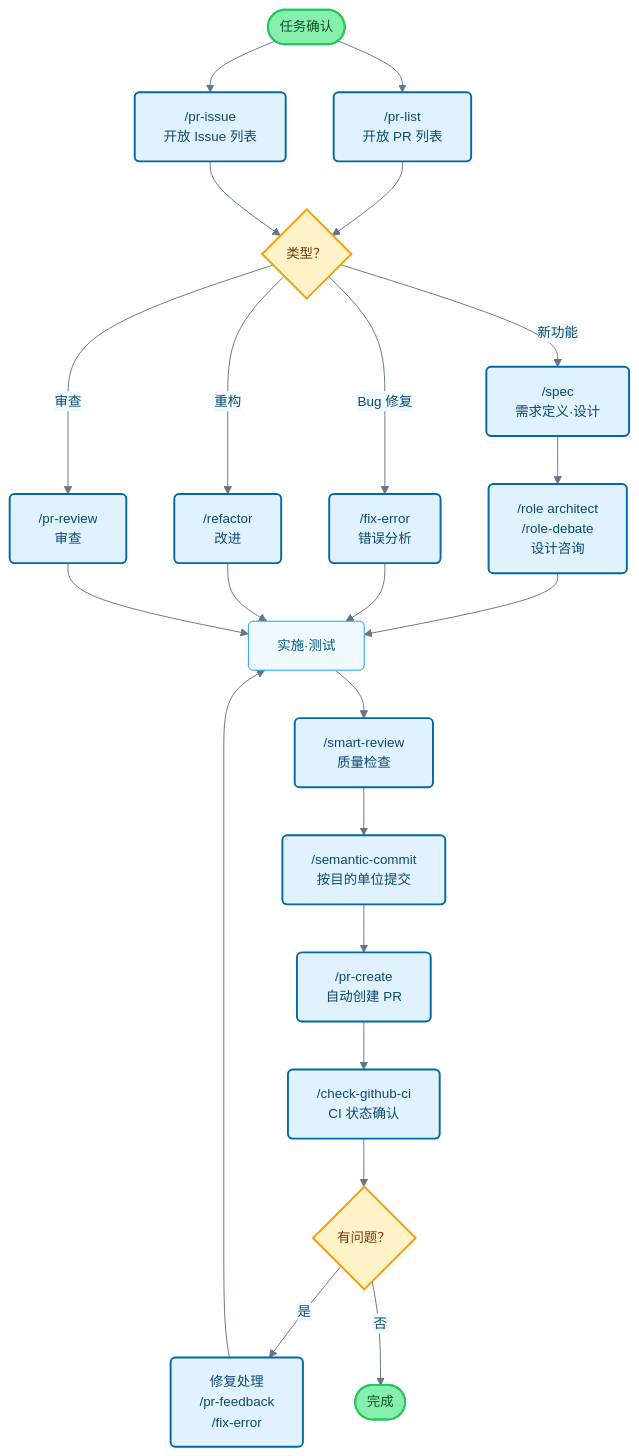
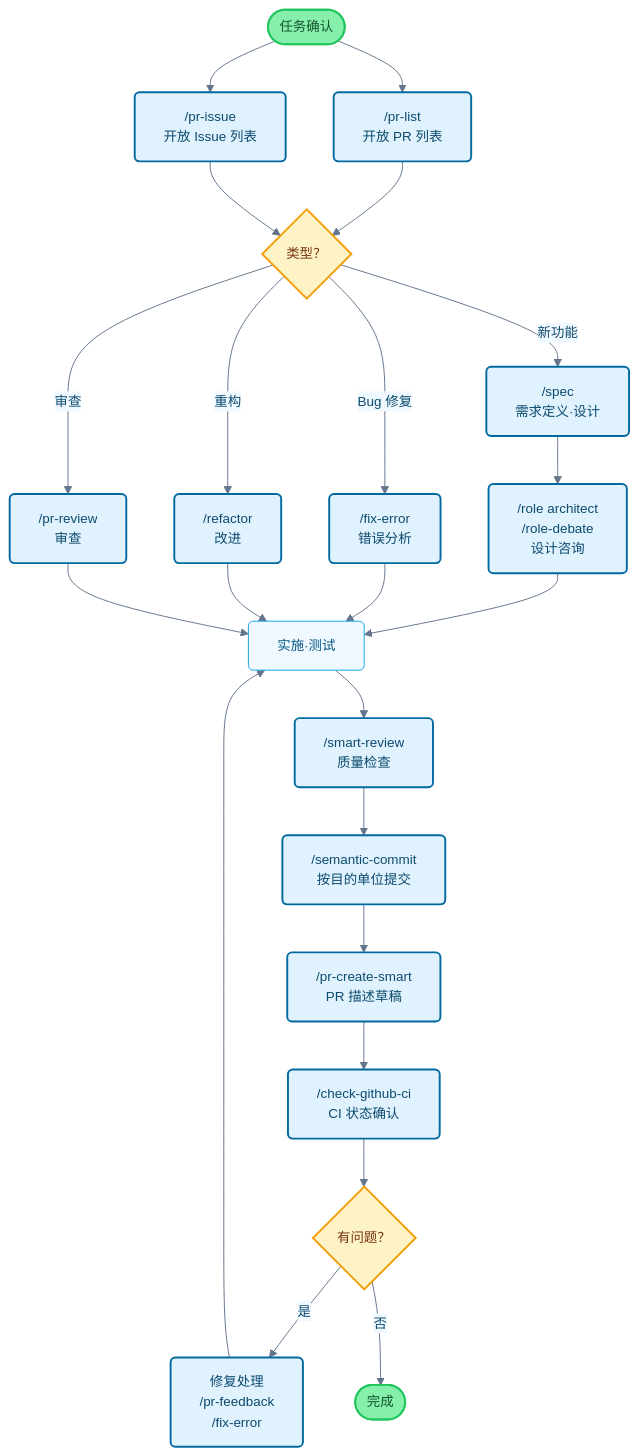
One commit to foreveryh/claude-code-cookbook changed the diagram in README_zh.md. Above: the diagram before and after it, drawn with Mermaid. The commit also changed 5 other files, not shown here.

Commit message:
docs: add full Japanese team workflow guide; update README flowcharts to /pr-create-smart; note deprecation of /pr-create in CHANGELOG

````diff
--- a/README_zh.md
+++ b/README_zh.md
@@ -137,42 +137,42 @@
 ```mermaid
 flowchart TB
     Start([任务确认]) --> PRList["/pr-list<br/>开放 PR 列表"]
     Start --> PRIssue["/pr-issue<br/>开放 Issue 列表"]
 
     PRList --> TaskType{类型？}
     PRIssue --> TaskType
 
     TaskType -->|新功能| Plan["/spec<br/>需求定义·设计"]
     TaskType -->|Bug 修复| Fix["/fix-error<br/>错误分析"]
     TaskType -->|重构| Refactor["/refactor<br/>改进"]
     TaskType -->|审查| Review["/pr-review<br/>审查"]
 
     Plan --> Design["/role architect<br/>/role-debate<br/>设计咨询"]
     Design --> Implementation[实施·测试]
     Fix --> Implementation
     Refactor --> Implementation
     Review --> Implementation
 
     Implementation --> Check["/smart-review<br/>质量检查"]
     Check --> Commit["/semantic-commit<br/>按目的单位提交"]
-    Commit --> PR["/pr-create<br/>自动创建 PR"]
+    Commit --> PR["/pr-create-smart<br/>PR 描述草稿"]
     PR --> CI["/check-github-ci<br/>CI 状态确认"]
 
     CI --> Status{有问题？}
     Status -->|是| Feedback["修复处理<br/>/pr-feedback<br/>/fix-error"]
     Status -->|否| End([完成])
 
     Feedback --> Implementation
 
     classDef commandBox fill:#e0f2fe,stroke:#0369a1,stroke-width:2px,rx:5,ry:5,color:#0c4a6e
     classDef processBox fill:#f0f9ff,stroke:#0ea5e9,stroke-width:1px,rx:5,ry:5,color:#075985
     classDef decisionBox fill:#fef3c7,stroke:#f59e0b,stroke-width:2px,rx:5,ry:5,color:#78350f
     classDef startEnd fill:#86efac,stroke:#22c55e,stroke-width:2px,rx:20,ry:20,color:#14532d
 
     class PRList,PRIssue,Plan,Fix,Refactor,Review,Design,Check,CI,Commit,PR,Feedback commandBox
     class Implementation processBox
     class TaskType,Status decisionBox
     class Start,End startEnd
 
     %%{init: {'theme':'base', 'themeVariables': { 'primaryColor':'#e0f2fe', 'primaryTextColor':'#0c4a6e', 'primaryBorderColor':'#0369a1', 'lineColor':'#64748b', 'secondaryColor':'#f0f9ff', 'background':'#ffffff', 'mainBkg':'#ffffff', 'fontSize': '14px'}}}%%
 ```
````
